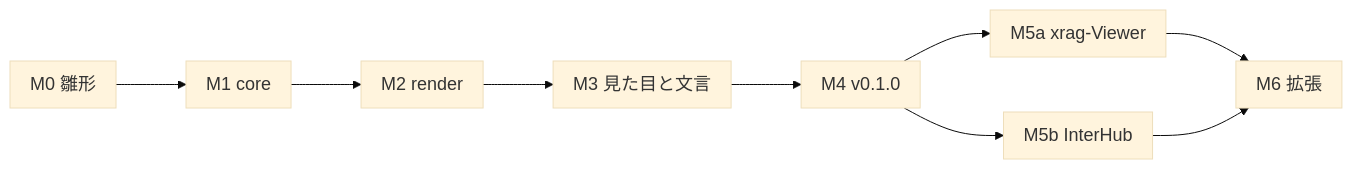
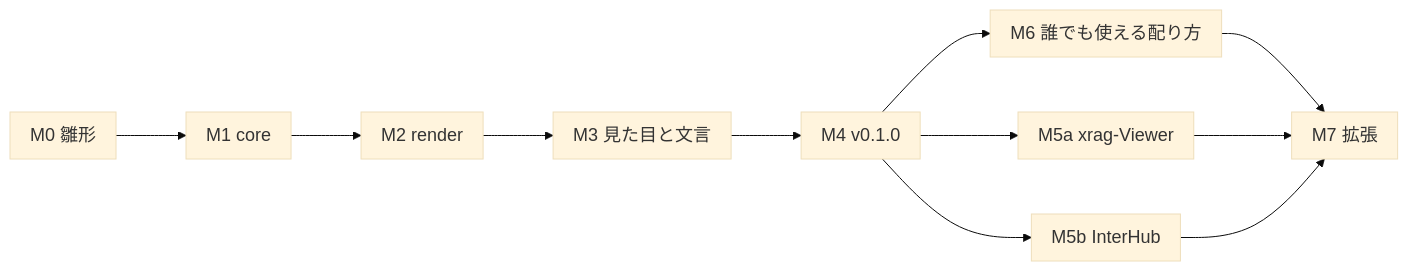
One commit to TaekangKwon/XSheet changed the diagram in docs/04_roadmap.md. Above: the diagram before and after it, drawn with Mermaid. The commit also changed other lines of this file and 6 other files, not shown here.

````diff
--- a/docs/04_roadmap.md
+++ b/docs/04_roadmap.md
@@ -16,12 +16,14 @@
 ```mermaid
 %%{init: {'theme':'base','themeVariables':{'fontSize':'18px'},'flowchart':{'useMaxWidth':false,'nodeSpacing':55,'rankSpacing':70,'padding':10}}}%%
 flowchart LR
   M0[M0 雛形] --> M1[M1 core]
   M1 --> M2[M2 render]
   M2 --> M3[M3 見た目と文言]
   M3 --> M4[M4 v0.1.0]
+  M4 --> U[M6 誰でも使える配り方]
   M4 --> X[M5a xrag-Viewer]
   M4 --> I[M5b InterHub]
-  X --> M6[M6 拡張]
-  I --> M6
+  U --> M7[M7 拡張]
+  X --> M7
+  I --> M7
 ```
````
